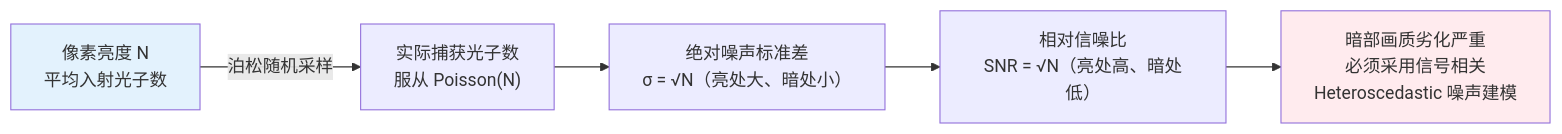
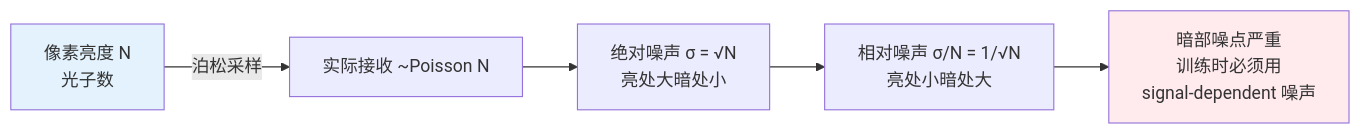
Before and after one commit to yingwang/image-enhancement-guide: the second of 2 diagrams in chapters/01-degradation-model.md, drawn with Mermaid. The commit also changed other lines of this file and 18 other files, not shown here.

````diff
--- a/chapters/01-degradation-model.md
+++ b/chapters/01-degradation-model.md
@@ -423,10 +429,10 @@
 ```mermaid
 graph LR
-    A["像素亮度 N<br/>平均入射光子数"] -->|泊松随机采样| B["实际捕获光子数<br/>服从 Poisson(N)"]
-    B --> C["绝对噪声标准差<br/>σ = √N（亮处大、暗处小）"]
-    C --> D["相对信噪比<br/>SNR = √N（亮处高、暗处低）"]
-    D --> E["暗部画质劣化严重<br/>必须采用信号相关<br/>Heteroscedastic 噪声建模"]
+    A[像素亮度 N<br/>光子数] -->|泊松采样| B[实际接收 ~Poisson N]
+    B --> C[绝对噪声 σ = √N<br/>亮处大暗处小]
+    C --> D[相对噪声 σ/N = 1/√N<br/>亮处小暗处大]
+    D --> E[暗部噪点严重<br/>训练时必须用<br/>signal-dependent 噪声]
 
     style A fill:#e3f2fd
     style E fill:#ffebee
 ```
````
